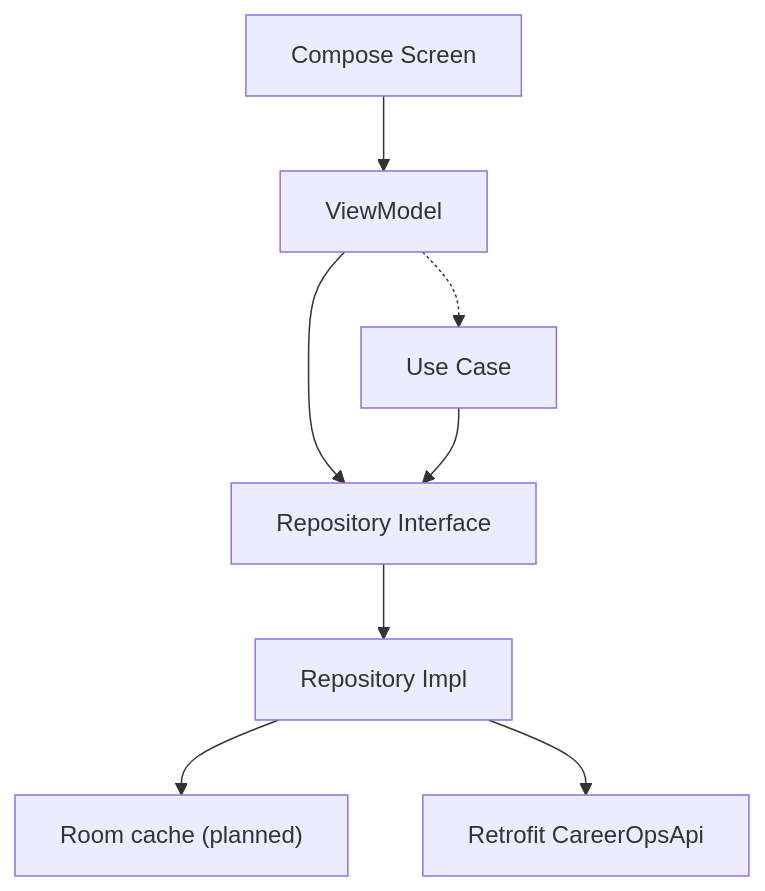
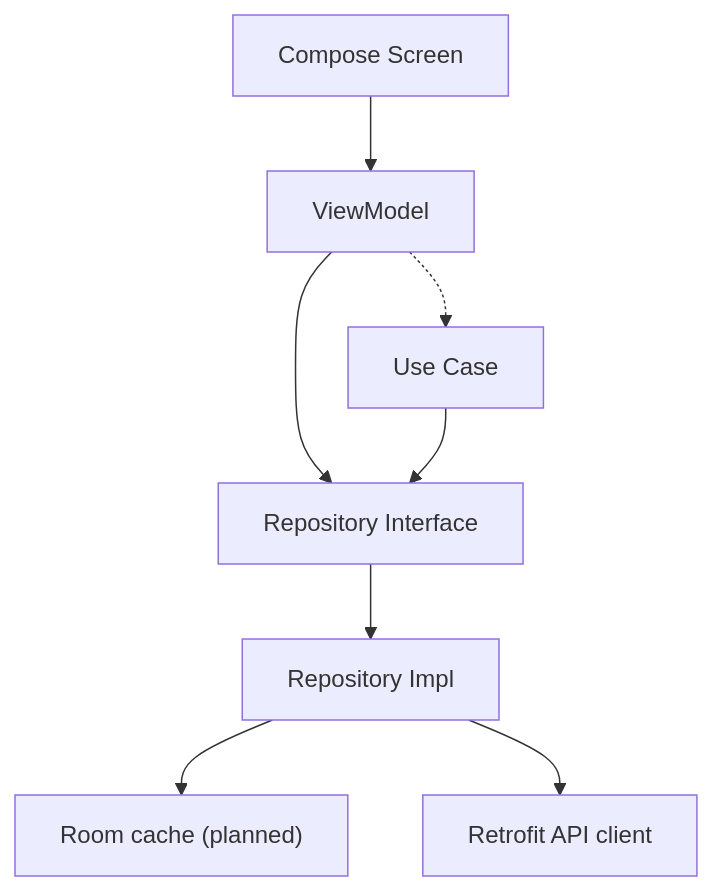
Before and after one commit to dthuy62/jobflow: the third of 6 diagrams in docs/system-architecture.md, drawn with Mermaid. The commit also changed other lines of this file and 13 other files, not shown here.

````diff
--- a/docs/system-architecture.md
+++ b/docs/system-architecture.md
@@ -74,18 +74,18 @@
 ```mermaid
 flowchart TD
   Screen["Compose Screen"]
   VM["ViewModel"]
   UseCase["Use Case"]
   Repo["Repository Interface"]
   RepoImpl["Repository Impl"]
   Local["Room cache (planned)"]
-  Remote["Retrofit CareerOpsApi"]
+  Remote["Retrofit API client"]
 
   Screen --> VM
   VM --> Repo
   VM -.-> UseCase
   UseCase --> Repo
   Repo --> RepoImpl
   RepoImpl --> Local
   RepoImpl --> Remote
 ```
````
